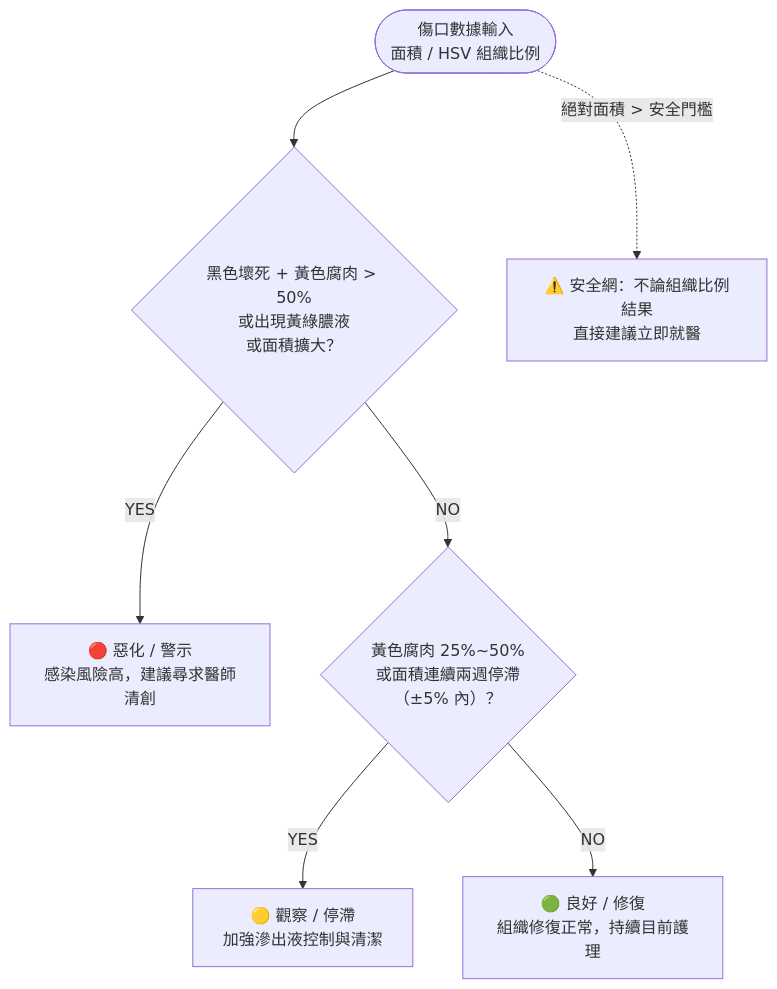
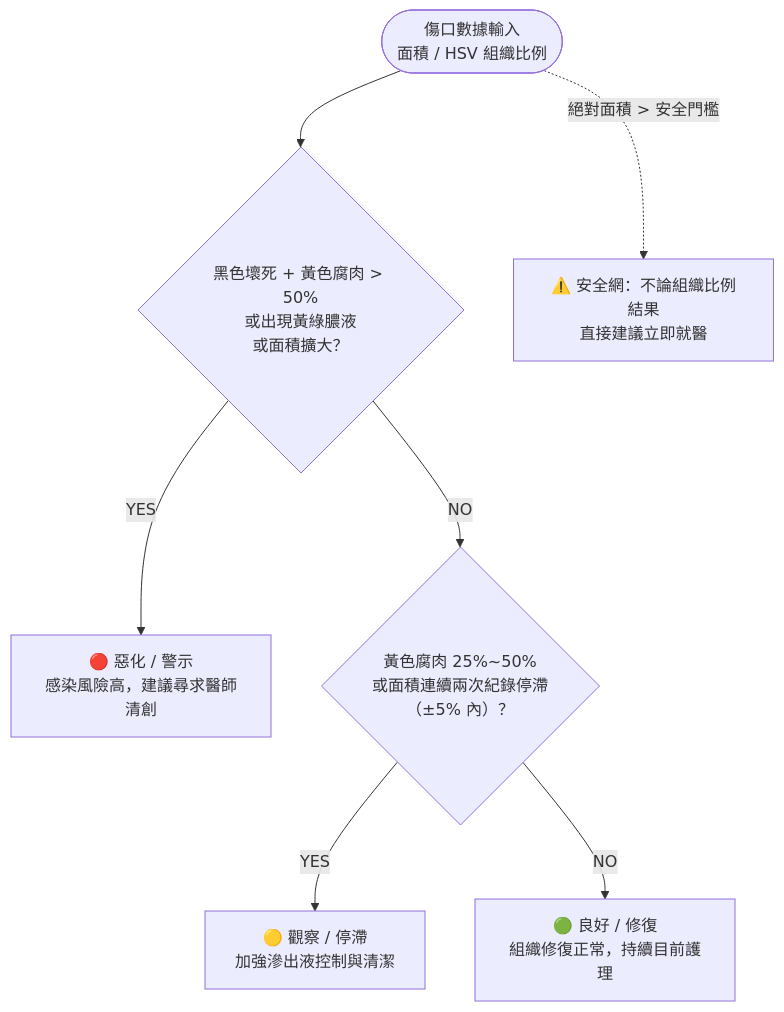
Before and after one commit to SyueFa/H.E.R.A.: the third of 4 diagrams in README.md, drawn with Mermaid. The commit also changed other lines of this file, not shown here.

````diff
--- a/README.md
+++ b/README.md
@@ -111,12 +124,12 @@
 ```mermaid
 flowchart TD
-    Start([傷口數據輸入<br/>面積 / HSV 組織比例]) --> Q1{黑色壞死 + 黃色腐肉 > 50%<br/>或出現黃綠膿液<br/>或面積擴大？}
+    Start(["傷口數據輸入<br/>面積 / HSV 組織比例"]) --> Q1{"黑色壞死 + 黃色腐肉 > 50%<br/>或出現黃綠膿液<br/>或面積擴大？"}
 
     Q1 -->|YES| Red["🔴 惡化 / 警示<br/>感染風險高，建議尋求醫師清創"]
-    Q1 -->|NO| Q2{黃色腐肉 25%~50%<br/>或面積連續兩週停滯<br/>（±5% 內）？}
+    Q1 -->|NO| Q2{"黃色腐肉 25%~50%<br/>或面積連續兩次紀錄停滯<br/>（±5% 內）？"}
 
     Q2 -->|YES| Yellow["🟡 觀察 / 停滯<br/>加強滲出液控制與清潔"]
     Q2 -->|NO| Green["🟢 良好 / 修復<br/>組織修復正常，持續目前護理"]
 
-    Start -.->|絕對面積 > 安全門檻| Alert["⚠️ 安全網：不論組織比例結果<br/>直接建議立即就醫"]
+    Start -.->|"絕對面積 > 安全門檻"| Alert["⚠️ 安全網：不論組織比例結果<br/>直接建議立即就醫"]
 ```
````
